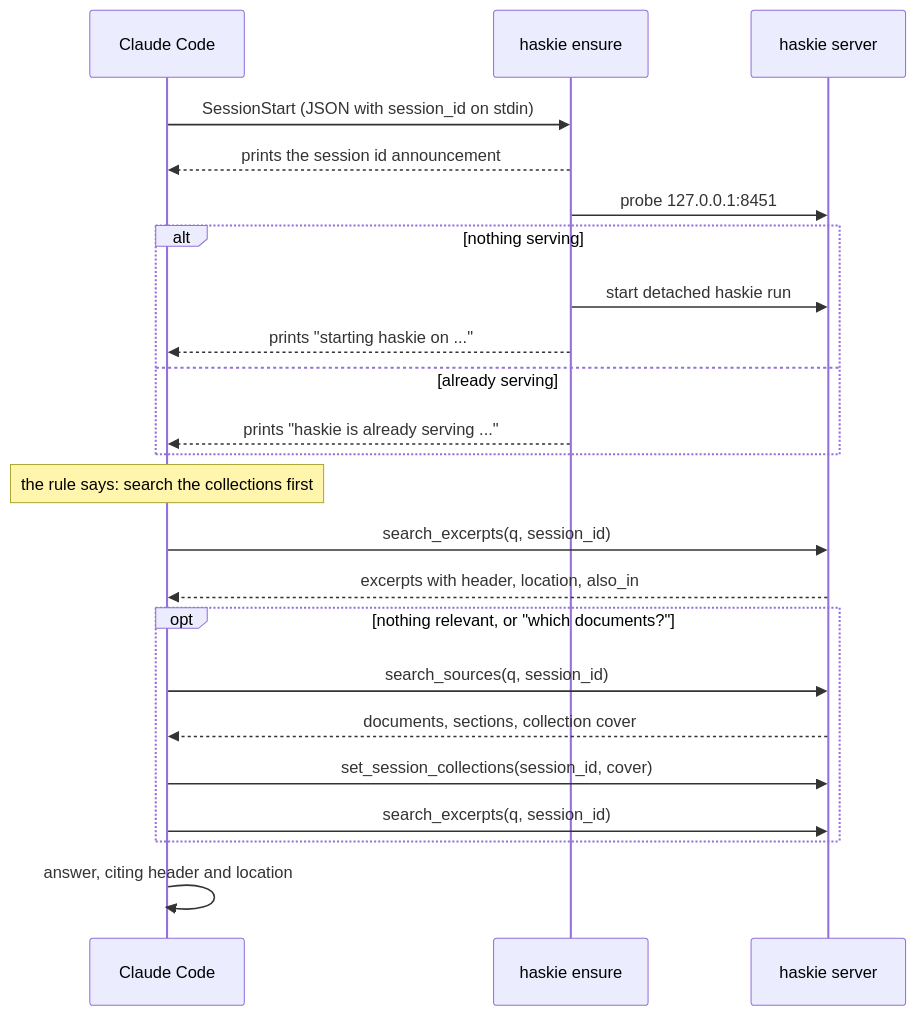
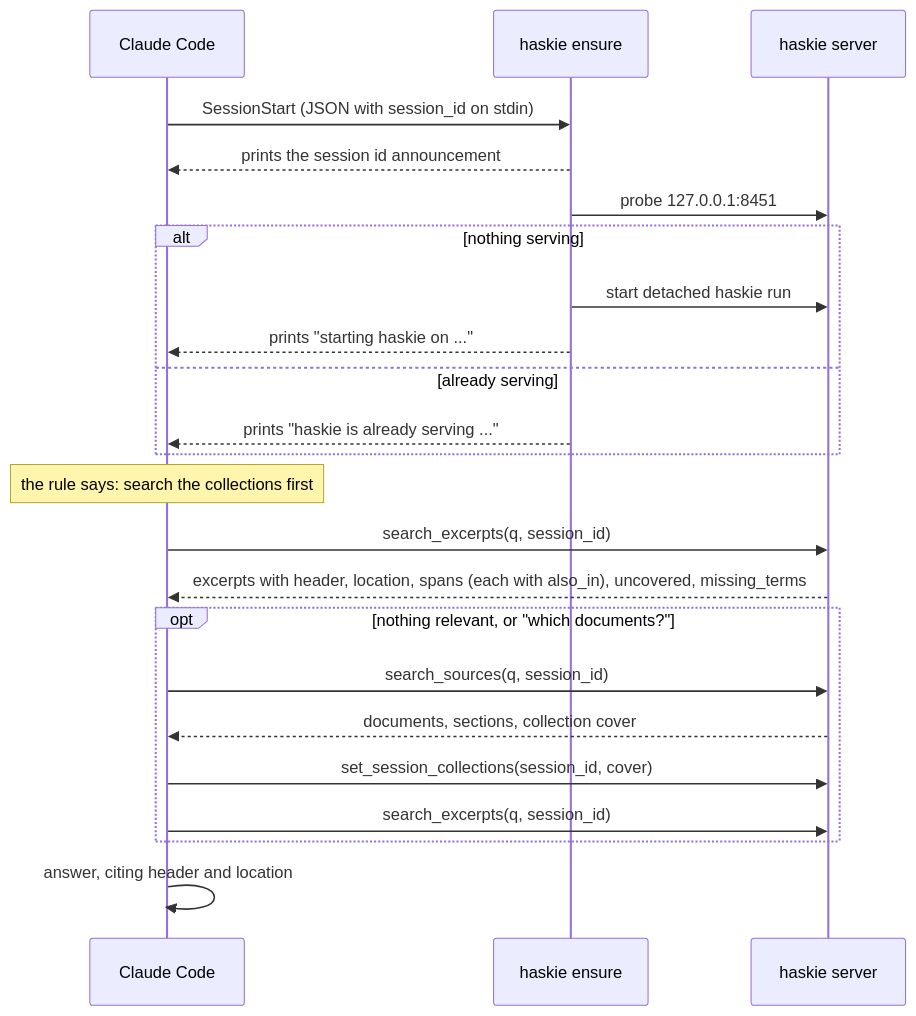
Before and after one commit to haskian/haskie: the second of 2 diagrams in docs/mcp.md, drawn with Mermaid. The commit also changed 92 other files, not shown here.

````diff
--- a/docs/mcp.md
+++ b/docs/mcp.md
@@ -41,25 +41,25 @@
 ```mermaid
 sequenceDiagram
     participant CC as Claude Code
     participant Hook as haskie ensure
     participant H as haskie server
     CC->>Hook: SessionStart (JSON with session_id on stdin)
     Hook-->>CC: prints the session id announcement
     Hook->>H: probe 127.0.0.1:8451
     alt nothing serving
         Hook->>H: start detached haskie run
         Hook-->>CC: prints "starting haskie on ..."
     else already serving
         Hook-->>CC: prints "haskie is already serving ..."
     end
     Note over CC: the rule says: search the collections first
     CC->>H: search_excerpts(q, session_id)
-    H-->>CC: excerpts with header, location, also_in
+    H-->>CC: excerpts with header, location, spans (each with also_in), uncovered, missing_terms
     opt nothing relevant, or "which documents?"
         CC->>H: search_sources(q, session_id)
         H-->>CC: documents, sections, collection cover
         CC->>H: set_session_collections(session_id, cover)
         CC->>H: search_excerpts(q, session_id)
     end
     CC->>CC: answer, citing header and location
 ```
````
